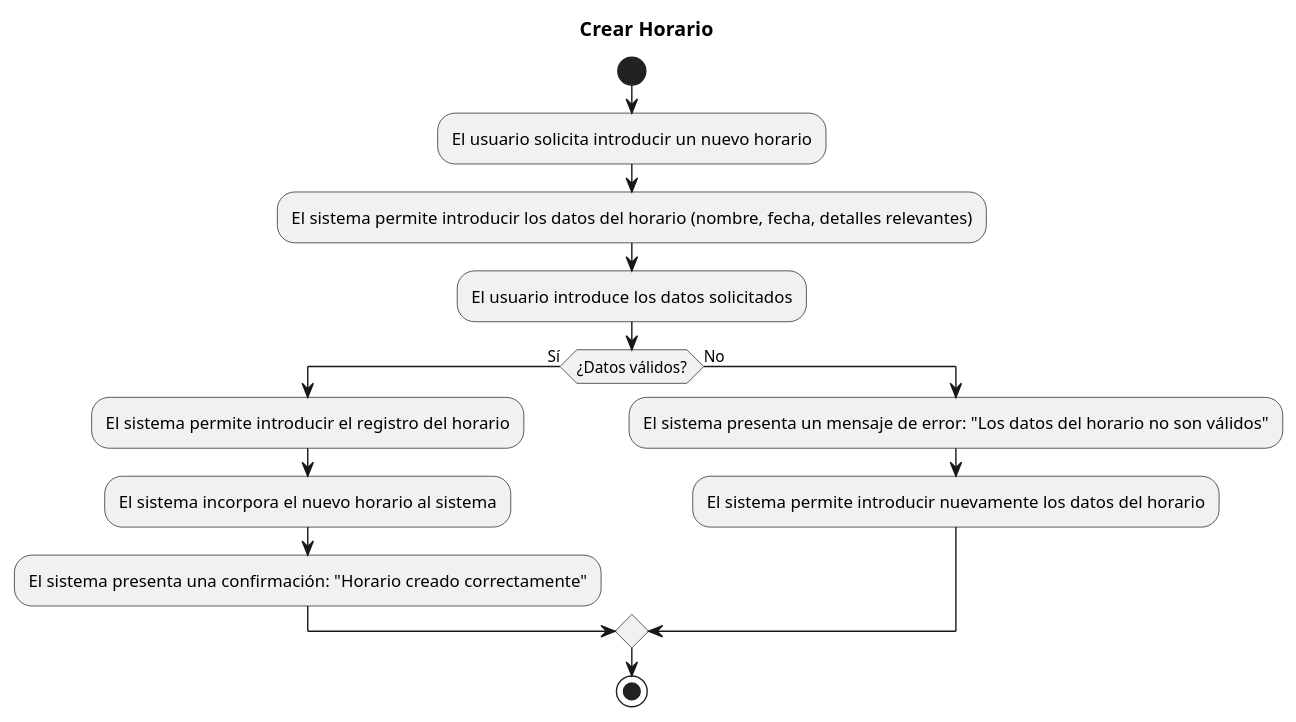
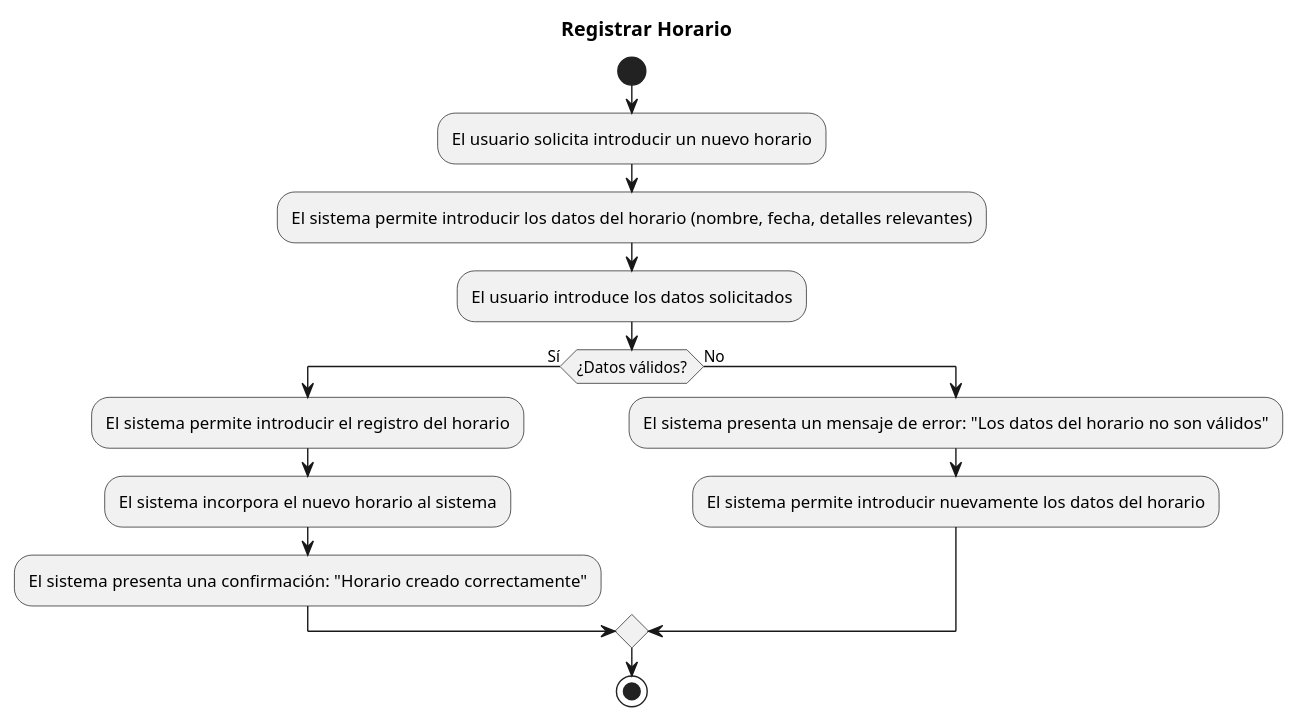
The diagram in casosDeUso/plantUML/Horario/RegistrarHorario.puml (mmasias/24-25-IdSw1-SDR), drawn with PlantUML before and after one commit. The commit also changed 4 other files, not shown here.

```diff
--- a/casosDeUso/plantUML/Horario/RegistrarHorario.puml
+++ b/casosDeUso/plantUML/Horario/RegistrarHorario.puml
@@ -1,19 +1,19 @@
 @startuml
 
-title Crear Horario
+title Registrar Horario
 
 start
 :El usuario solicita introducir un nuevo horario;
 :El sistema permite introducir los datos del horario (nombre, fecha, detalles relevantes);
 :El usuario introduce los datos solicitados;
 if (¿Datos válidos?) then (Sí)
 :El sistema permite introducir el registro del horario;
 :El sistema incorpora el nuevo horario al sistema;
 :El sistema presenta una confirmación: "Horario creado correctamente";
 else (No)
 :El sistema presenta un mensaje de error: "Los datos del horario no son válidos";
 :El sistema permite introducir nuevamente los datos del horario;
 endif
 stop
 
 @enduml
```
